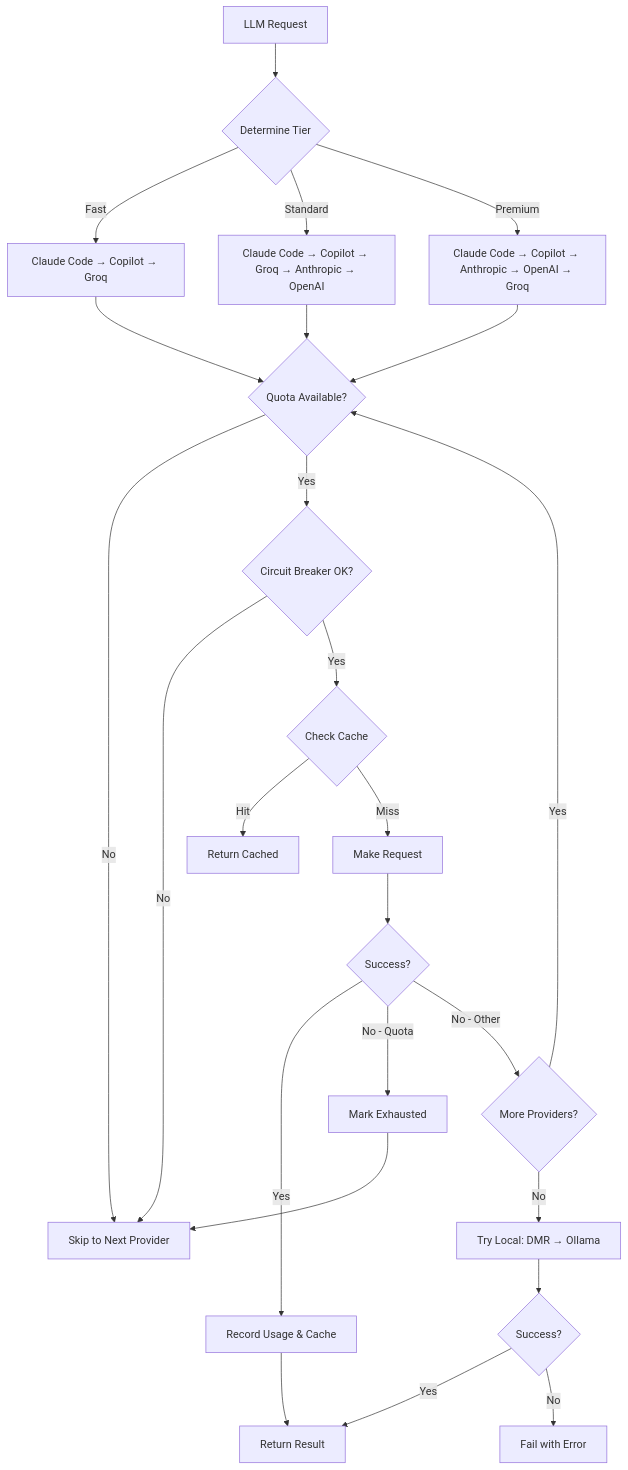
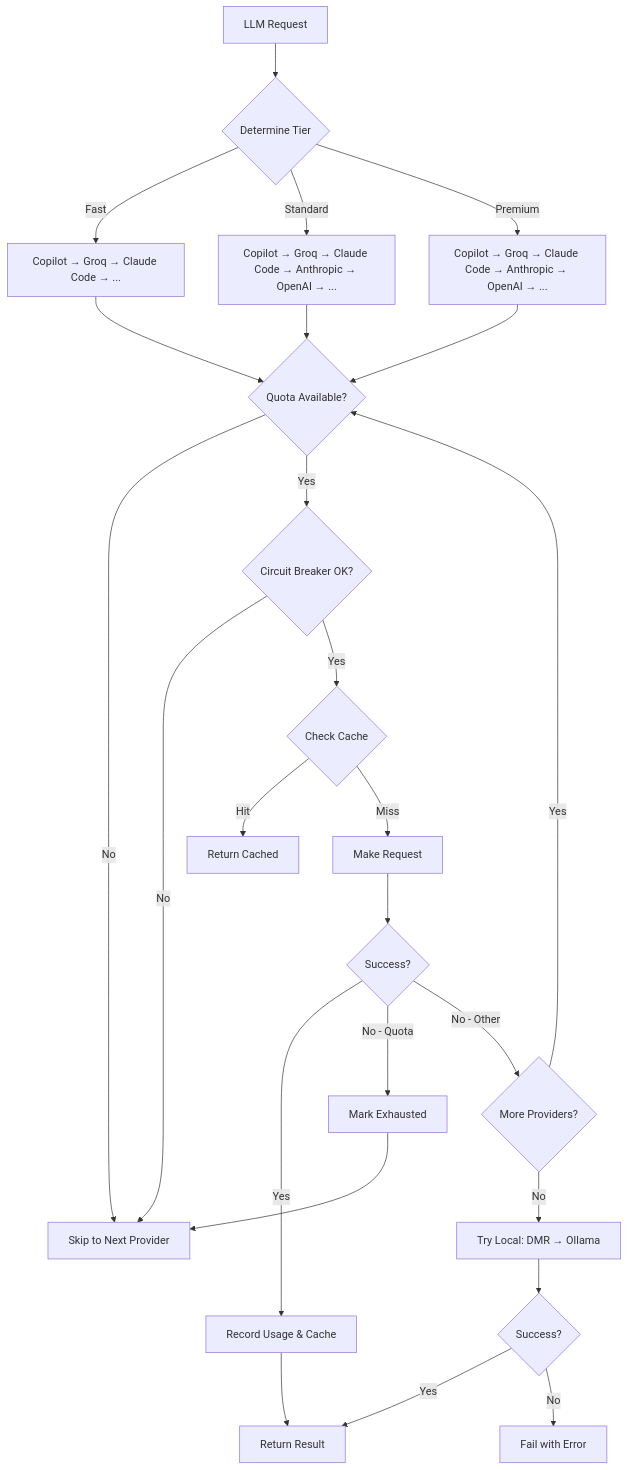
The second of 2 diagrams in docs-content/guides/llm-providers.md (fwornle/coding), drawn with Mermaid before and after one commit. The commit also changed other lines of this file and 22 other files, not shown here.

````diff
--- a/docs-content/guides/llm-providers.md
+++ b/docs-content/guides/llm-providers.md
@@ -300,27 +302,27 @@
 ```mermaid
 flowchart TB
     A[LLM Request] --> B{Determine Tier}
-    B -->|Fast| C[Claude Code → Copilot → Groq]
-    B -->|Standard| D[Claude Code → Copilot → Groq → Anthropic → OpenAI]
-    B -->|Premium| E[Claude Code → Copilot → Anthropic → OpenAI → Groq]
+    B -->|Fast| C[Copilot → Groq → Claude Code → ...]
+    B -->|Standard| D[Copilot → Groq → Claude Code → Anthropic → OpenAI → ...]
+    B -->|Premium| E[Copilot → Groq → Claude Code → Anthropic → OpenAI → ...]
     C --> F{Quota Available?}
     D --> F
     E --> F
     F -->|No| G[Skip to Next Provider]
     F -->|Yes| H{Circuit Breaker OK?}
     H -->|No| G
     H -->|Yes| I{Check Cache}
     I -->|Hit| J[Return Cached]
     I -->|Miss| K[Make Request]
     K --> L{Success?}
     L -->|Yes| M[Record Usage & Cache]
     M --> N[Return Result]
     L -->|No - Quota| O[Mark Exhausted]
     O --> G
     L -->|No - Other| P{More Providers?}
     P -->|Yes| F
     P -->|No| Q[Try Local: DMR → Ollama]
     Q --> R{Success?}
     R -->|Yes| N
     R -->|No| S[Fail with Error]
 ```
````
